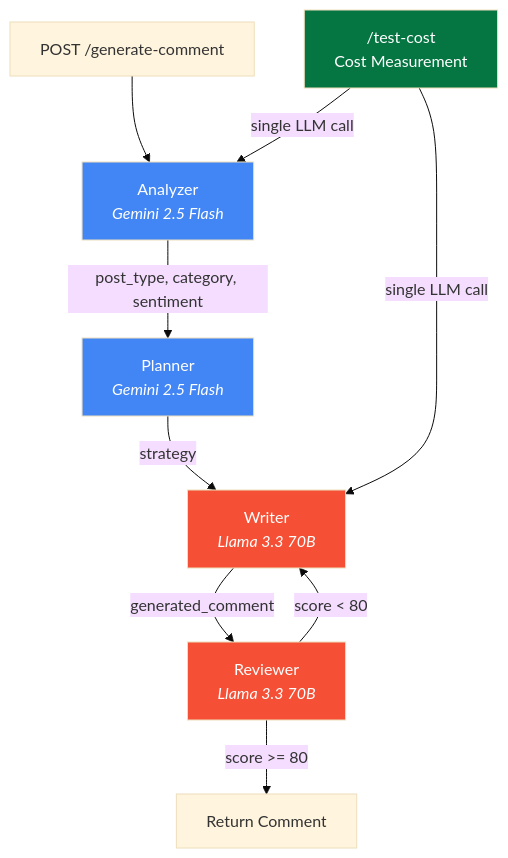
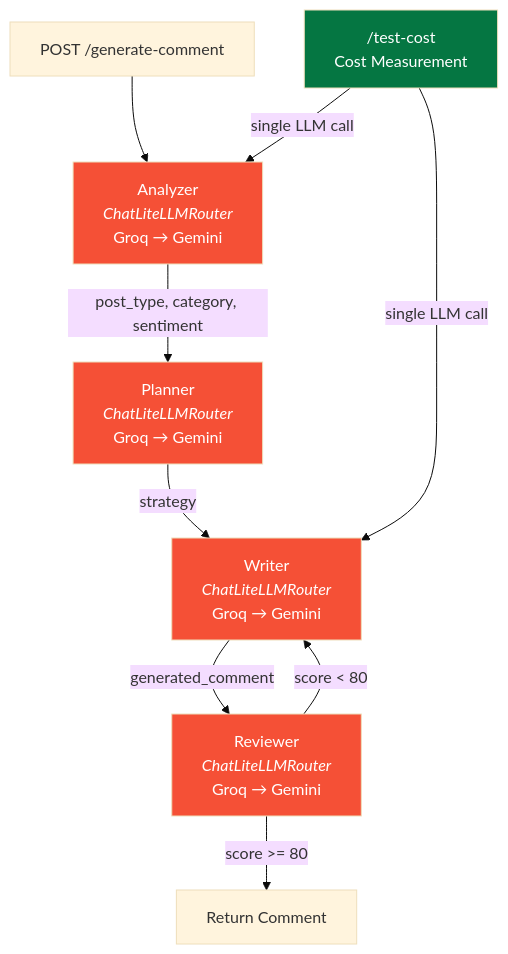
Before and after one commit to himanshu231204/linkedin-ai-comment-copilot: the third of 3 diagrams in backend/README.md, drawn with Mermaid (base theme). The commit also changed other lines of this file and 4 other files, not shown here.

First line of the commit message:
docs: update all documentation to reflect ChatLiteLLMRouter, Groq primary, and Render deployment

````diff
--- a/backend/README.md
+++ b/backend/README.md
@@ -229,18 +252,18 @@
 ```mermaid
 graph TD
-    REQ[POST /generate-comment] --> AN["Analyzer<br/><i>Gemini 2.5 Flash</i>"]
-    AN -->|post_type, category, sentiment| PL["Planner<br/><i>Gemini 2.5 Flash</i>"]
-    PL -->|strategy| WR["Writer<br/><i>Llama 3.3 70B</i>"]
-    WR -->|generated_comment| RV["Reviewer<br/><i>Llama 3.3 70B</i>"]
+    REQ[POST /generate-comment] --> AN["Analyzer<br/><i>ChatLiteLLMRouter</i><br/>Groq → Gemini"]
+    AN -->|post_type, category, sentiment| PL["Planner<br/><i>ChatLiteLLMRouter</i><br/>Groq → Gemini"]
+    PL -->|strategy| WR["Writer<br/><i>ChatLiteLLMRouter</i><br/>Groq → Gemini"]
+    WR -->|generated_comment| RV["Reviewer<br/><i>ChatLiteLLMRouter</i><br/>Groq → Gemini"]
     RV -->|score >= 80| RES[Return Comment]
     RV -->|score < 80| WR
 
     COST["/test-cost<br/>Cost Measurement"] -->|"single LLM call"| AN
     COST -->|"single LLM call"| WR
 
-    style AN fill:#4285F4,color:#fff
-    style PL fill:#4285F4,color:#fff
+    style AN fill:#F55036,color:#fff
+    style PL fill:#F55036,color:#fff
     style WR fill:#F55036,color:#fff
     style RV fill:#F55036,color:#fff
     style COST fill:#057642,color:#fff
 ```
````
